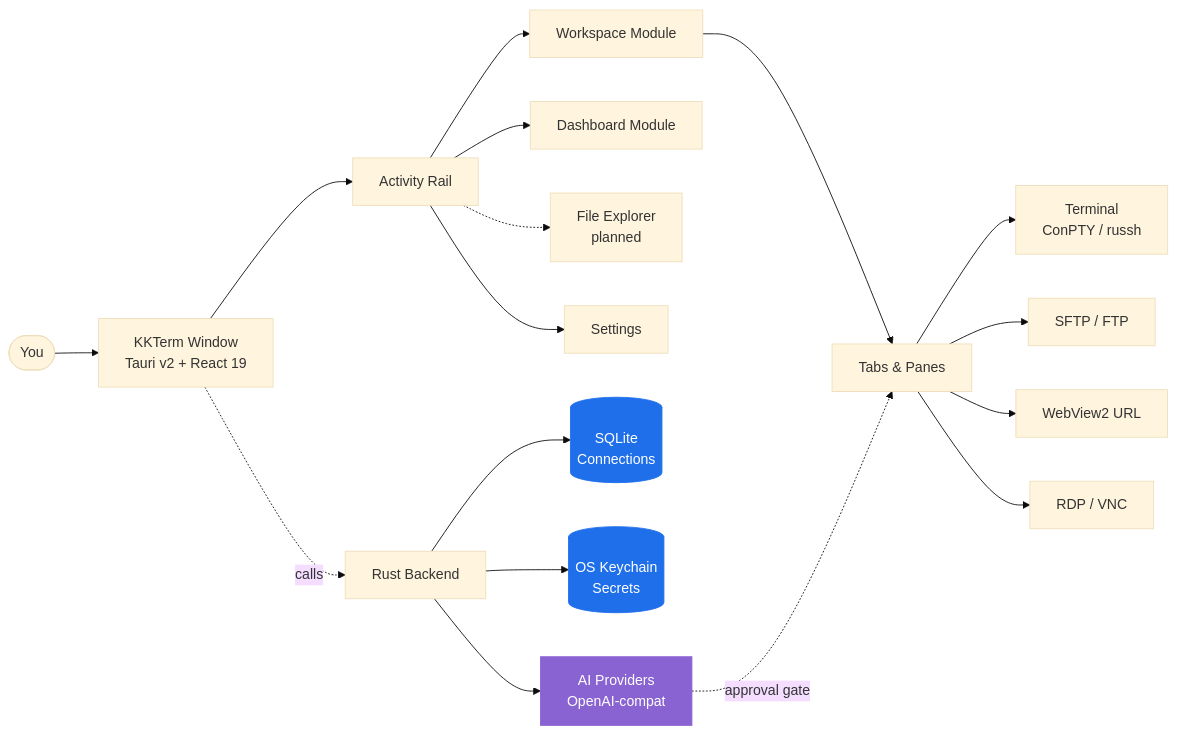
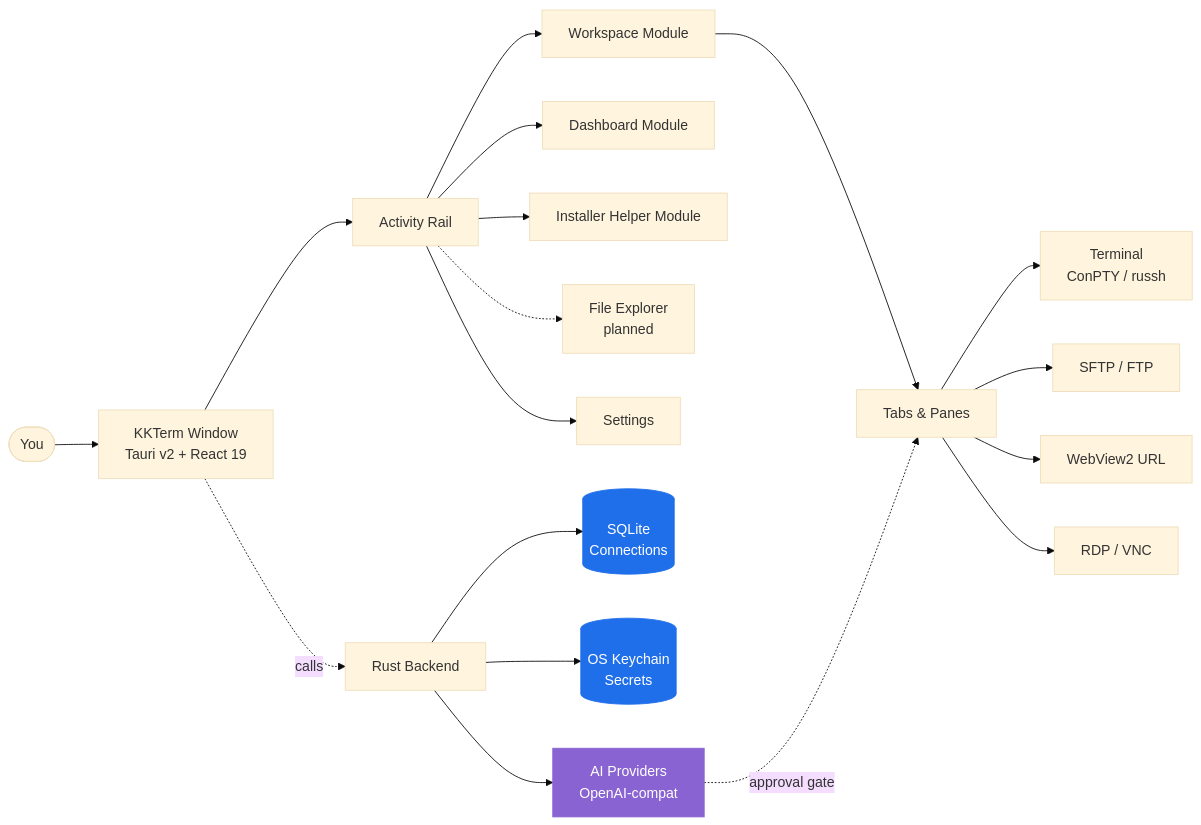
One commit to mastertalent707-stack/KKTerm changed the diagram in README.de.md. Above: the diagram before and after it, drawn with Mermaid (base theme). The commit also changed other lines of this file and 18 other files, not shown here.

First line of the commit message:
feat: add Installer Helper Module to README and documentation

````diff
--- a/README.de.md
+++ b/README.de.md
@@ -265,27 +266,28 @@
 ```mermaid
 flowchart LR
     User([You]) --> Shell[KKTerm Window<br/>Tauri v2 + React 19]
     Shell --> Rail[Activity Rail]
     Rail --> WS[Workspace Module]
     Rail --> Dash[Dashboard Module]
+    Rail --> Inst[Installer Helper Module]
     Rail -.-> FE[File Explorer<br/>planned]
     Rail --> Set[Settings]
 
     WS --> Tabs[Tabs &amp; Panes]
     Tabs --> Term[Terminal<br/>ConPTY / russh]
     Tabs --> SFTP[SFTP / FTP]
     Tabs --> Web[WebView2 URL]
     Tabs --> RD[RDP / VNC]
 
     Shell -.calls.-> Rust[Rust Backend]
     Rust --> SQLite[(SQLite<br/>Connections)]
     Rust --> Keychain[(OS Keychain<br/>Secrets)]
     Rust --> AI[AI Providers<br/>OpenAI-compat]
 
     AI -. approval gate .-> Tabs
 
     classDef local fill:#1f6feb,stroke:#1f6feb,color:#fff
     classDef ai fill:#8a63d2,stroke:#8a63d2,color:#fff
     class SQLite,Keychain local
     class AI ai
 ```
````
